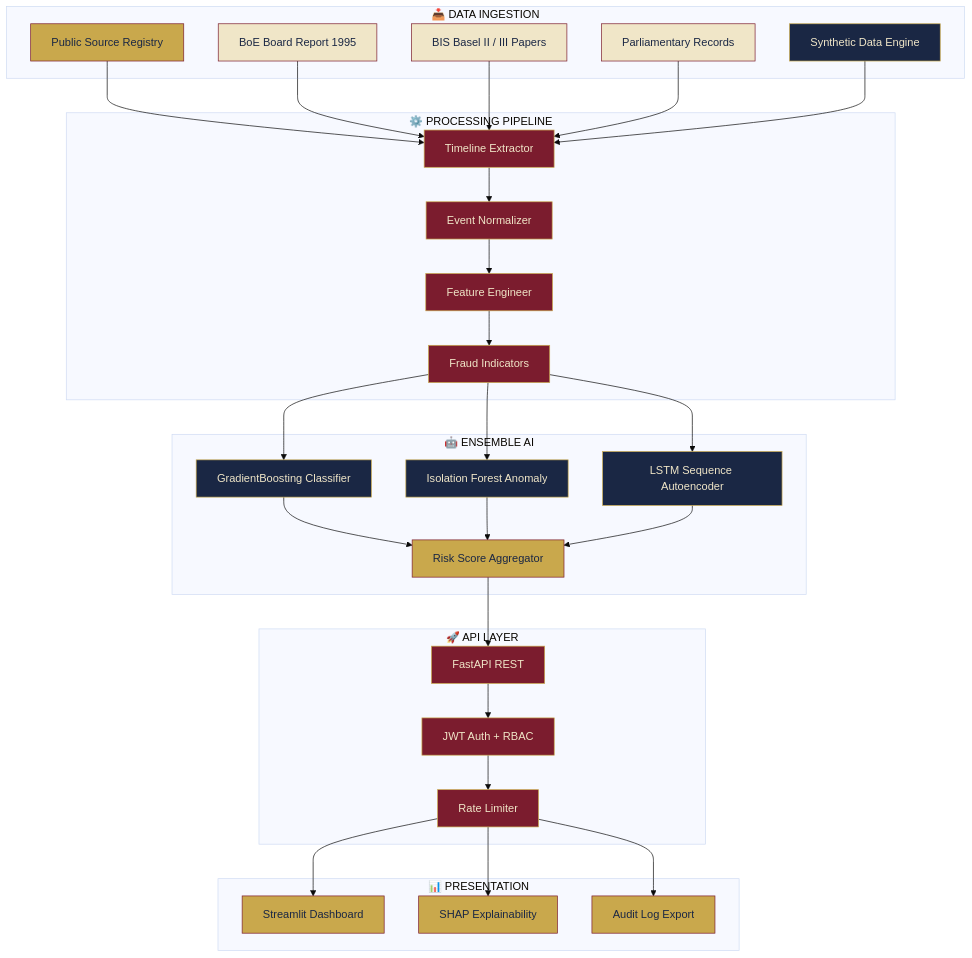
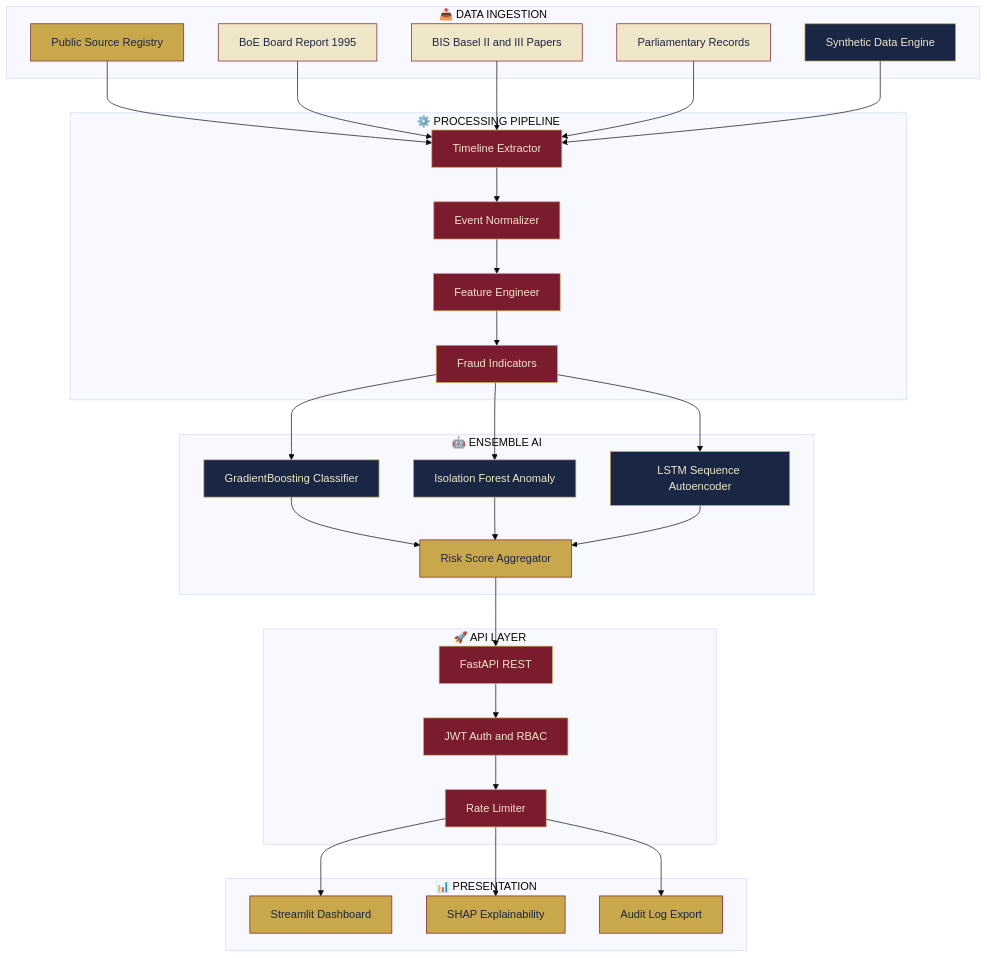
The first of 3 diagrams in README.md (maykonlincolnusa/Barings-Bank-collapse), drawn with Mermaid (base theme) before and after one commit. The commit also changed other lines of this file, not shown here.

````diff
--- a/README.md
+++ b/README.md
@@ -111,48 +111,48 @@
 ```mermaid
 flowchart TD
     classDef burgundy fill:#7B1C2E,stroke:#C9A84C,color:#F0E6C8
     classDef gold     fill:#C9A84C,stroke:#7B1C2E,color:#1A2744
     classDef navy     fill:#1A2744,stroke:#C9A84C,color:#F0E6C8
     classDef cream    fill:#F0E6C8,stroke:#7B1C2E,color:#1A2744
 
     subgraph INGEST["📥 DATA INGESTION"]
         A1[Public Source Registry]:::gold
         A2[BoE Board Report 1995]:::cream
-        A3[BIS Basel II / III Papers]:::cream
+        A3[BIS Basel II and III Papers]:::cream
         A4[Parliamentary Records]:::cream
         A5[Synthetic Data Engine]:::navy
     end
 
     subgraph PIPELINE["⚙️ PROCESSING PIPELINE"]
         B1[Timeline Extractor]:::burgundy
         B2[Event Normalizer]:::burgundy
         B3[Feature Engineer]:::burgundy
         B4[Fraud Indicators]:::burgundy
     end
 
     subgraph MODELS["🤖 ENSEMBLE AI"]
         C1[GradientBoosting Classifier]:::navy
         C2[Isolation Forest Anomaly]:::navy
         C3[LSTM Sequence Autoencoder]:::navy
         C4[Risk Score Aggregator]:::gold
     end
 
     subgraph SERVING["🚀 API LAYER"]
         D1[FastAPI REST]:::burgundy
-        D2[JWT Auth + RBAC]:::burgundy
+        D2[JWT Auth and RBAC]:::burgundy
         D3[Rate Limiter]:::burgundy
     end
 
     subgraph OUTPUT["📊 PRESENTATION"]
         E1[Streamlit Dashboard]:::gold
         E2[SHAP Explainability]:::gold
         E3[Audit Log Export]:::gold
     end
 
     A1 & A2 & A3 & A4 & A5 --> B1
     B1 --> B2 --> B3 --> B4
     B4 --> C1 & C2 & C3
     C1 & C2 & C3 --> C4
     C4 --> D1 --> D2 --> D3
     D3 --> E1 & E2 & E3
 ```
````
